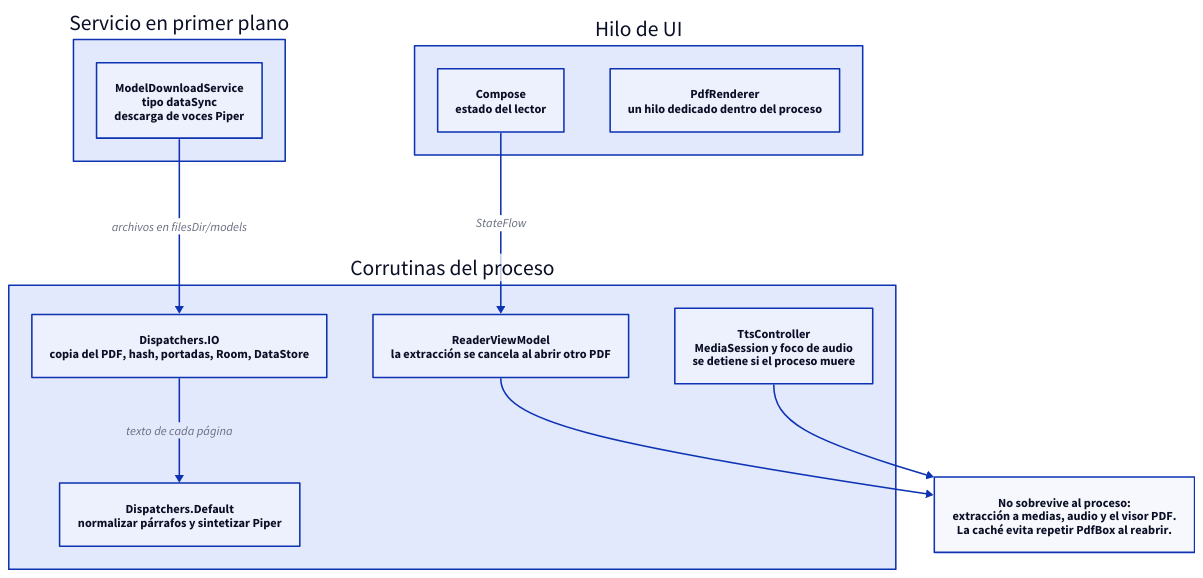
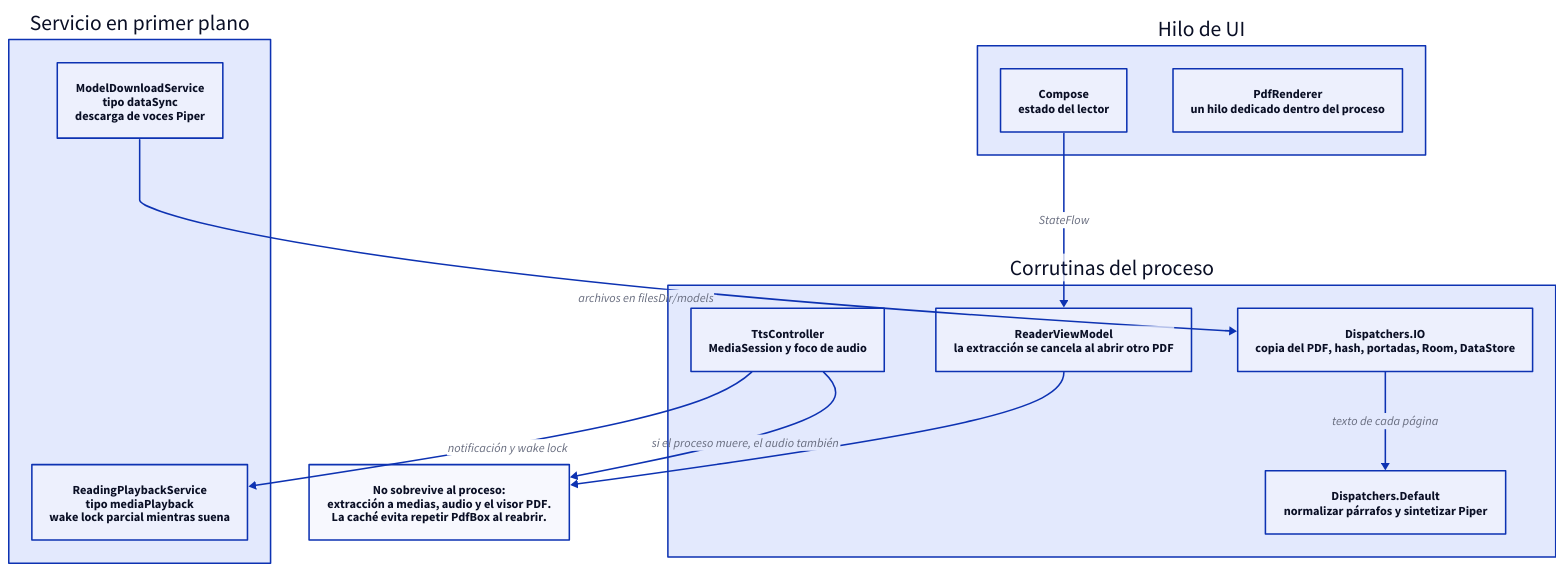
The diagram in docs/diagrams/background-work.d2 (neri-gut/Ereader), drawn with D2 before and after one commit. The commit also changed 7 other files, not shown here.

```diff
--- a/docs/diagrams/background-work.d2
+++ b/docs/diagrams/background-work.d2
@@ -1,27 +1,29 @@
 direction: down
 
 ui_thread: Hilo de UI {
   compose: Compose\nestado del lector
   pdf_view: PdfRenderer\nun hilo dedicado dentro del proceso
 }
 
 proceso: Corrutinas del proceso {
   io: "Dispatchers.IO\ncopia del PDF, hash, portadas, Room, DataStore"
   cpu: "Dispatchers.Default\nnormalizar párrafos y sintetizar Piper"
   vm: "ReaderViewModel\nla extracción se cancela al abrir otro PDF"
-  audio: "TtsController\nMediaSession y foco de audio\nse detiene si el proceso muere"
+  audio: "TtsController\nMediaSession y foco de audio"
 }
 
 servicio: Servicio en primer plano {
   download: "ModelDownloadService\ntipo dataSync\ndescarga de voces Piper"
+  reading: "ReadingPlaybackService\ntipo mediaPlayback\nwake lock parcial mientras suena"
 }
 
 muere: "No sobrevive al proceso:\nextracción a medias, audio y el visor PDF.\nLa caché evita repetir PdfBox al reabrir." {
   shape: rectangle
 }
 
 ui_thread.compose -> proceso.vm: StateFlow
 proceso.io -> proceso.cpu: texto de cada página
 proceso.vm -> muere
-proceso.audio -> muere
+proceso.audio -> servicio.reading: notificación y wake lock
+proceso.audio -> muere: si el proceso muere, el audio también
 servicio.download -> proceso.io: archivos en filesDir/models
```
